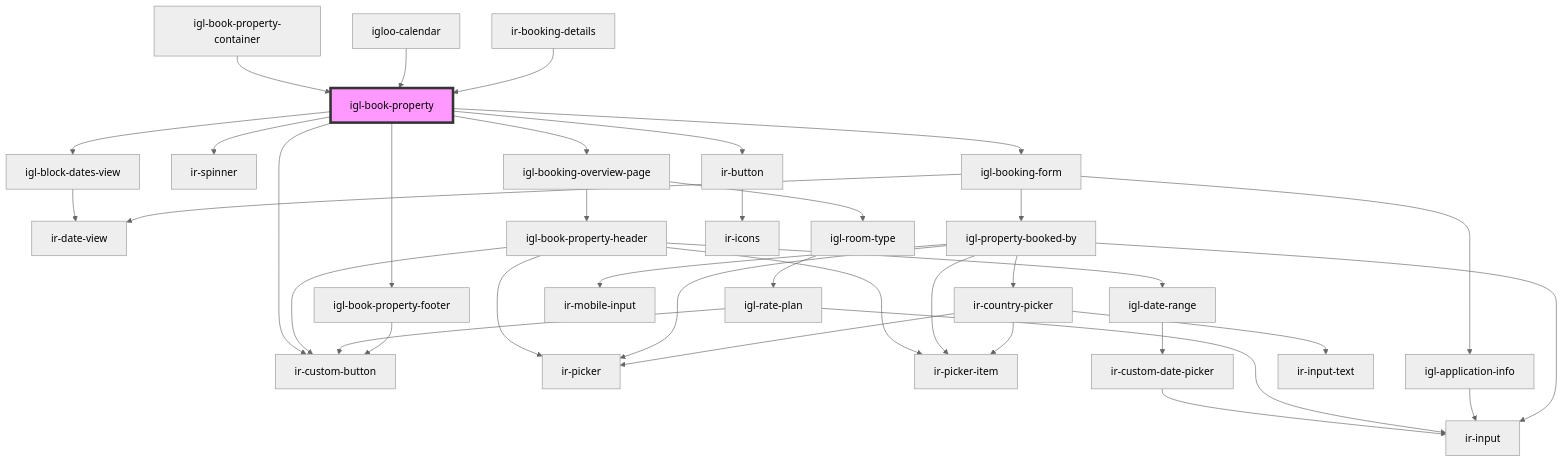
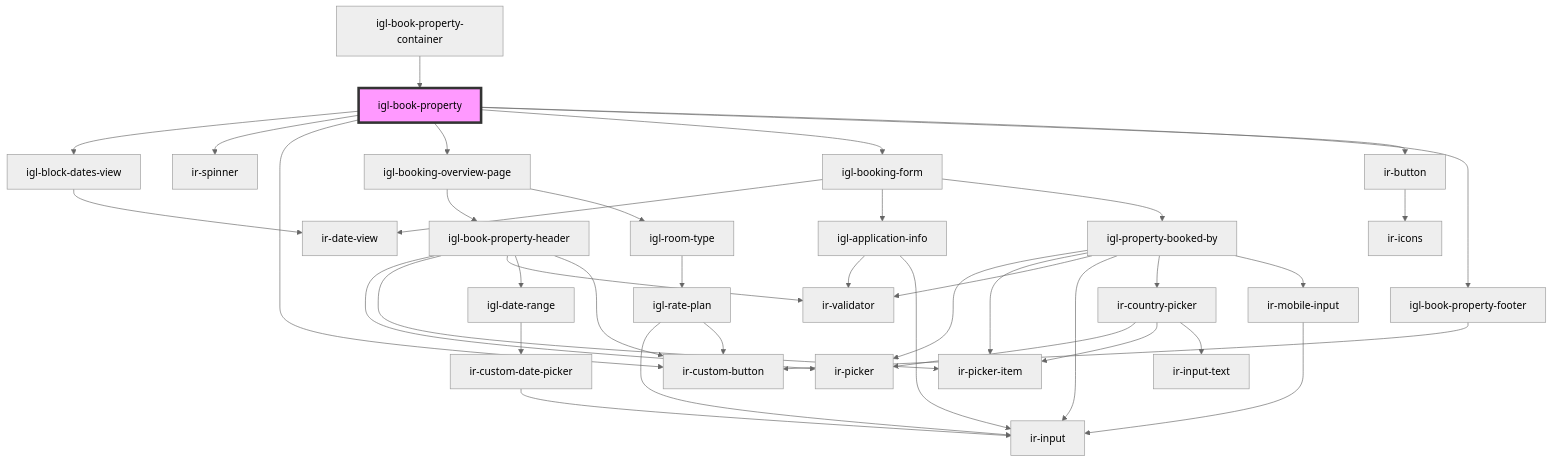
One commit to David1Chowaifaty/modified-ir-webcmp changed the diagram in src/components/igloo-calendar/igl-book-property/readme.md. Above: the diagram before and after it, drawn with Mermaid (neutral theme). The commit also changed other lines of this file and 56 other files, not shown here.

First line of the commit message:
Enhance IrBookingEditor and related components with new validation and input handling

````diff
--- a/src/components/igloo-calendar/igl-book-property/readme.md
+++ b/src/components/igloo-calendar/igl-book-property/readme.md
@@ -53,40 +51,42 @@
 ```mermaid
 graph TD;
   igl-book-property --> igl-block-dates-view
   igl-book-property --> ir-spinner
   igl-book-property --> ir-custom-button
   igl-book-property --> igl-booking-overview-page
   igl-book-property --> igl-booking-form
   igl-book-property --> ir-button
   igl-book-property --> igl-book-property-footer
   igl-block-dates-view --> ir-date-view
   igl-booking-overview-page --> igl-book-property-header
   igl-booking-overview-page --> igl-room-type
   igl-book-property-header --> ir-picker
   igl-book-property-header --> ir-picker-item
+  igl-book-property-header --> ir-validator
+  igl-book-property-header --> igl-date-range
   igl-book-property-header --> ir-custom-button
-  igl-book-property-header --> igl-date-range
   igl-date-range --> ir-custom-date-picker
   ir-custom-date-picker --> ir-input
   igl-room-type --> igl-rate-plan
   igl-rate-plan --> ir-input
   igl-rate-plan --> ir-custom-button
   igl-booking-form --> ir-date-view
   igl-booking-form --> igl-application-info
   igl-booking-form --> igl-property-booked-by
+  igl-application-info --> ir-validator
   igl-application-info --> ir-input
   igl-property-booked-by --> ir-picker
   igl-property-booked-by --> ir-picker-item
+  igl-property-booked-by --> ir-validator
   igl-property-booked-by --> ir-input
   igl-property-booked-by --> ir-country-picker
   igl-property-booked-by --> ir-mobile-input
   ir-country-picker --> ir-picker
   ir-country-picker --> ir-picker-item
   ir-country-picker --> ir-input-text
+  ir-mobile-input --> ir-input
   ir-button --> ir-icons
   igl-book-property-footer --> ir-custom-button
   igl-book-property-container --> igl-book-property
-  igloo-calendar --> igl-book-property
-  ir-booking-details --> igl-book-property
   style igl-book-property fill:#f9f,stroke:#333,stroke-width:4px
 ```
````
